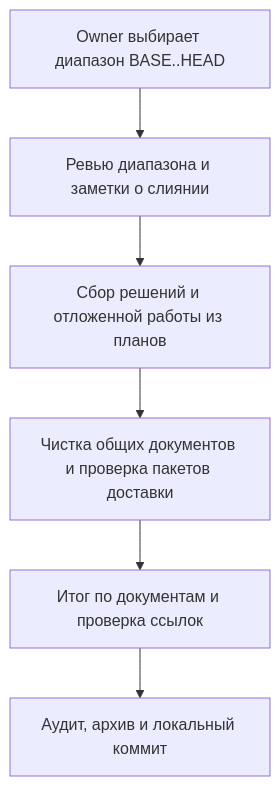
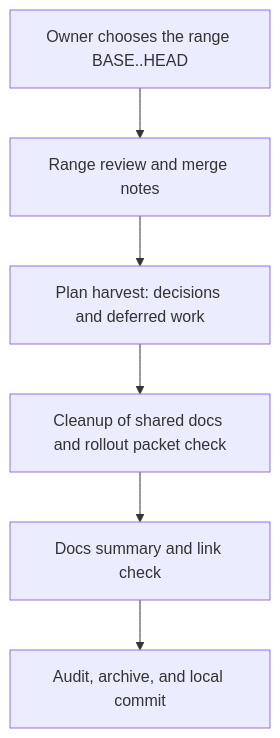
The diagram in docs/guides/learn/assets/postmerge-1.mmd (planveyor/planveyor), drawn with Mermaid before and after one commit. The commit also changed 124 other files, not shown here.

```diff
--- a/docs/guides/learn/assets/postmerge-1.mmd
+++ b/docs/guides/learn/assets/postmerge-1.mmd
@@ -1,6 +1,6 @@
 flowchart TB
-A["Owner выбирает диапазон BASE..HEAD"] --> B["Ревью диапазона и заметки о слиянии"]
-B --> C["Сбор решений и отложенной работы из планов"]
-C --> D["Чистка общих документов и проверка пакетов доставки"]
-D --> E["Итог по документам и проверка ссылок"]
-E --> F["Аудит, архив и локальный коммит"]
+A["Owner chooses the range BASE..HEAD"] --> B["Range review and merge notes"]
+B --> C["Plan harvest: decisions and deferred work"]
+C --> D["Cleanup of shared docs and rollout packet check"]
+D --> E["Docs summary and link check"]
+E --> F["Audit, archive, and local commit"]
```
